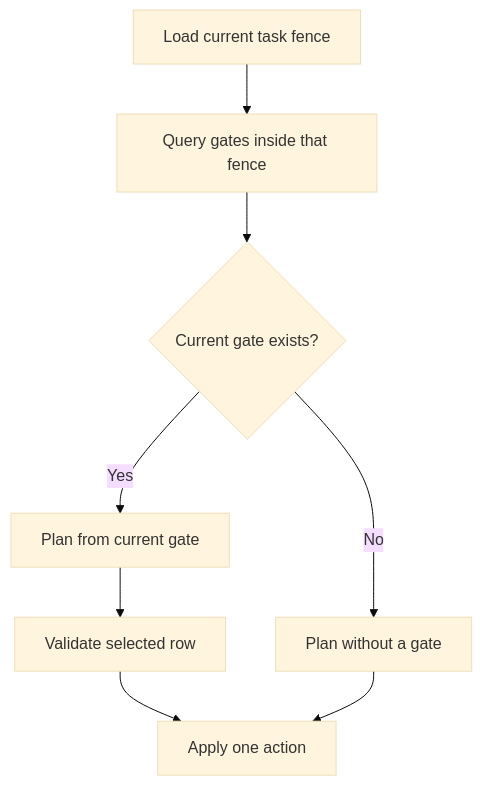
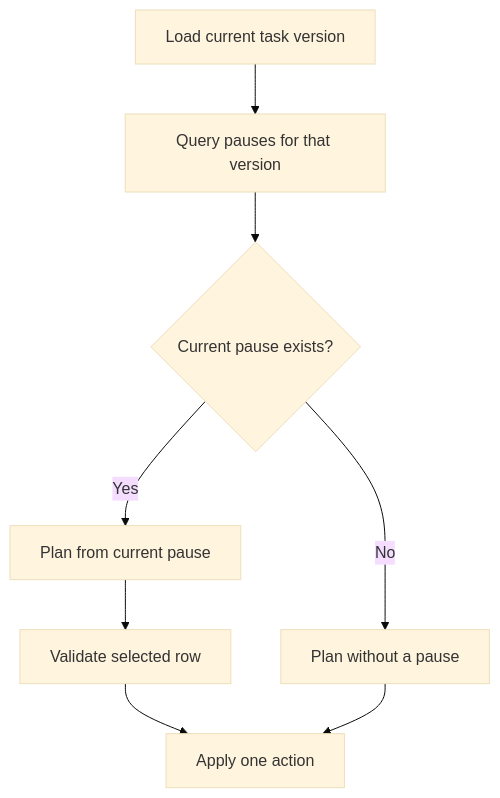
One commit to kpsuperplane/Noema changed the tenth of 29 diagrams in docs/superpowers/plans/2026-08-08-noema-practical-reliability-roadmap.md. Above: the diagram before and after it, drawn with Mermaid (base theme). The commit also changed other lines of this file, not shown here.

Commit message:
docs: make plain code the first roadmap phase

````diff
--- a/docs/superpowers/plans/2026-08-08-noema-practical-reliability-roadmap.md
+++ b/docs/superpowers/plans/2026-08-08-noema-practical-reliability-roadmap.md
@@ -295,14 +713,14 @@
 ```mermaid
 flowchart TD
-    A["Load current task fence"]
-    B["Query gates inside that fence"]
-    C{"Current gate exists?"}
-    D["Plan from current gate"]
-    E["Plan without a gate"]
+    A["Load current task version"]
+    B["Query pauses for that version"]
+    C{"Current pause exists?"}
+    D["Plan from current pause"]
+    E["Plan without a pause"]
     F["Validate selected row"]
     G["Apply one action"]
 
     A --> B --> C
     C -->|Yes| D --> F --> G
     C -->|No| E --> G
 ```
````
